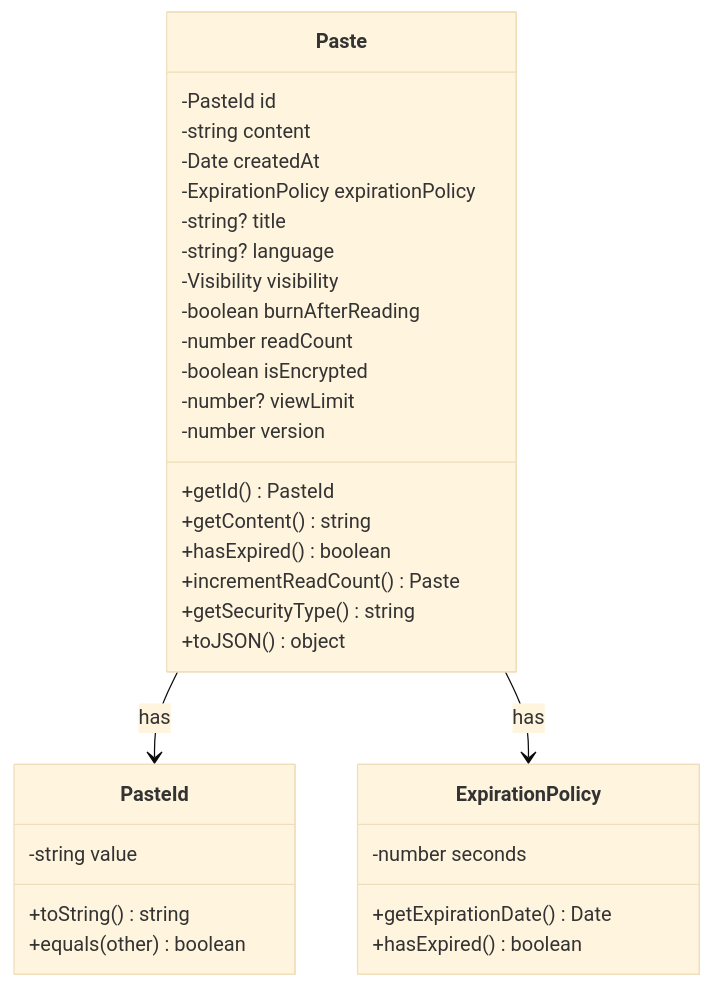
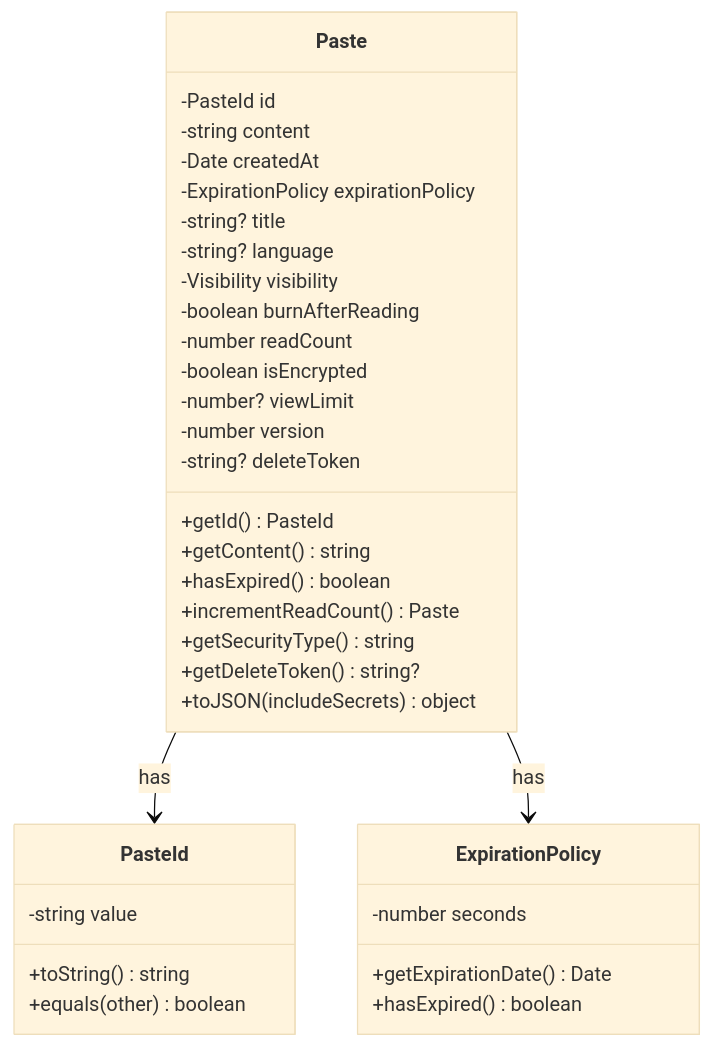
Before and after one commit to erfianugrah/pastebin: the fourth of 9 diagrams in README.md, drawn with Mermaid (base theme). The commit also changed other lines of this file and 16 other files, not shown here.

````diff
--- a/README.md
+++ b/README.md
@@ -173,38 +173,40 @@
 ```mermaid
 classDiagram
     class Paste {
         -PasteId id
         -string content
         -Date createdAt
         -ExpirationPolicy expirationPolicy
         -string? title
         -string? language
         -Visibility visibility
         -boolean burnAfterReading
         -number readCount
         -boolean isEncrypted
         -number? viewLimit
         -number version
+        -string? deleteToken
         +getId() PasteId
         +getContent() string
         +hasExpired() boolean
         +incrementReadCount() Paste
         +getSecurityType() string
-        +toJSON() object
+        +getDeleteToken() string?
+        +toJSON(includeSecrets) object
     }
     
     class PasteId {
         -string value
         +toString() string
         +equals(other) boolean
     }
     
     class ExpirationPolicy {
         -number seconds
         +getExpirationDate() Date
         +hasExpired() boolean
     }
     
     Paste --> PasteId : has
     Paste --> ExpirationPolicy : has
 ```
````
